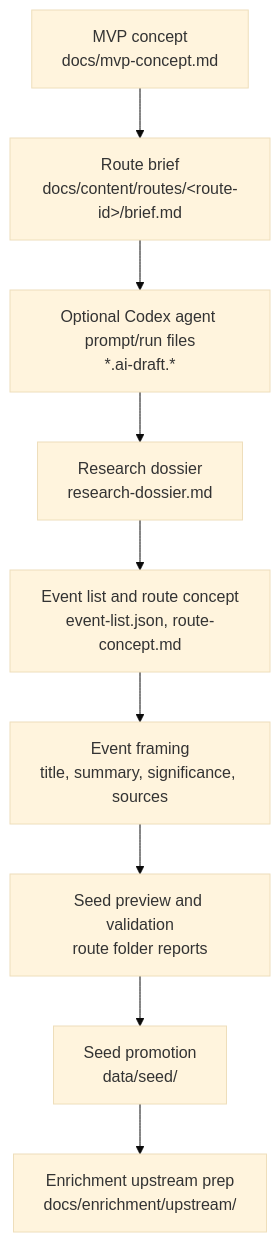
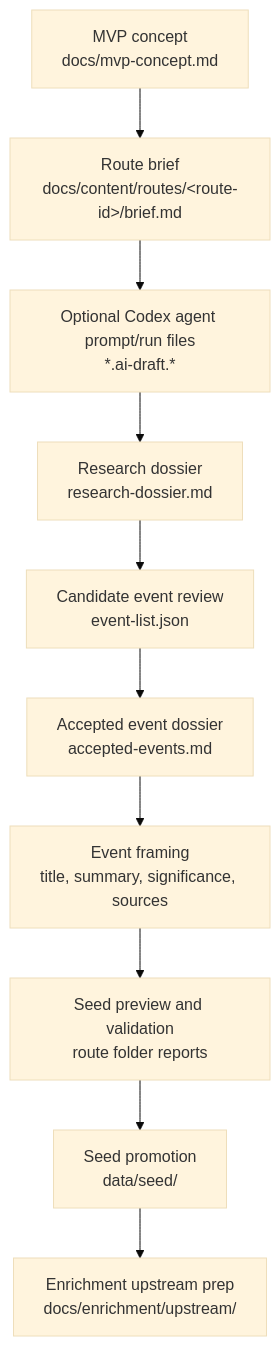
Before and after one commit to gititinyoursoul/soundatlas: the diagram in docs/content/editorial-workflow.md, drawn with Mermaid (base theme). The commit also changed other lines of this file and 11 other files, not shown here.

Commit message:
docs(content): implement accepted-event dossier structure and guidelines for editorial workflow

````diff
--- a/docs/content/editorial-workflow.md
+++ b/docs/content/editorial-workflow.md
@@ -18,11 +18,12 @@
 ```mermaid
 flowchart TD
   A["MVP concept<br/>docs/mvp-concept.md"] --> B["Route brief<br/>docs/content/routes/&lt;route-id&gt;/brief.md"]
   B --> I["Optional Codex agent prompt/run files<br/>*.ai-draft.*"]
   I --> C["Research dossier<br/>research-dossier.md"]
-  C --> D["Event list and route concept<br/>event-list.json, route-concept.md"]
-  D --> E["Event framing<br/>title, summary, significance, sources"]
+  C --> D["Candidate event review<br/>event-list.json"]
+  D --> J["Accepted event dossier<br/>accepted-events.md"]
+  J --> E["Event framing<br/>title, summary, significance, sources"]
   E --> H["Seed preview and validation<br/>route folder reports"]
   H --> F["Seed promotion<br/>data/seed/"]
   F --> G["Enrichment upstream prep<br/>docs/enrichment/upstream/"]
 ```
````
